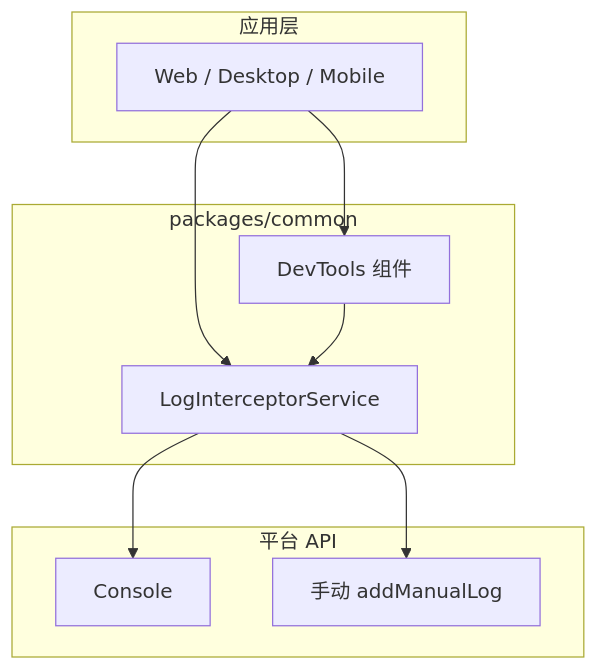
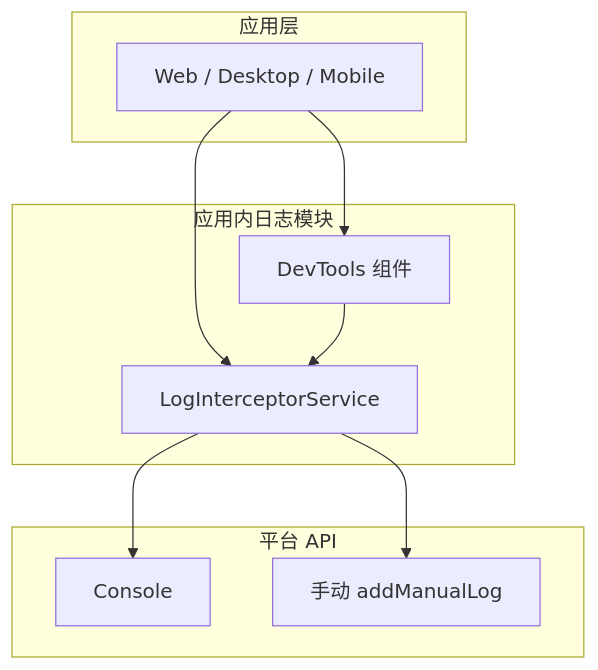
Before and after one commit to trueLoving/Pixuli: the diagram in docs/02-system-design/04-cross-platform-logging.md, drawn with Mermaid. The commit also changed 11 other files, not shown here.

````diff
--- a/docs/02-system-design/04-cross-platform-logging.md
+++ b/docs/02-system-design/04-cross-platform-logging.md
@@ -68,19 +68,19 @@
 ```mermaid
 graph TB
     subgraph 应用层
         A1[Web / Desktop / Mobile]
     end
-    subgraph packages/common
+    subgraph 应用内日志模块
         B[DevTools 组件]
         C[LogInterceptorService]
     end
     subgraph 平台 API
         D1[Console]
         D2[手动 addManualLog]
     end
     A1 --> B
     A1 --> C
     C --> D1
     C --> D2
     B --> C
 ```
````
